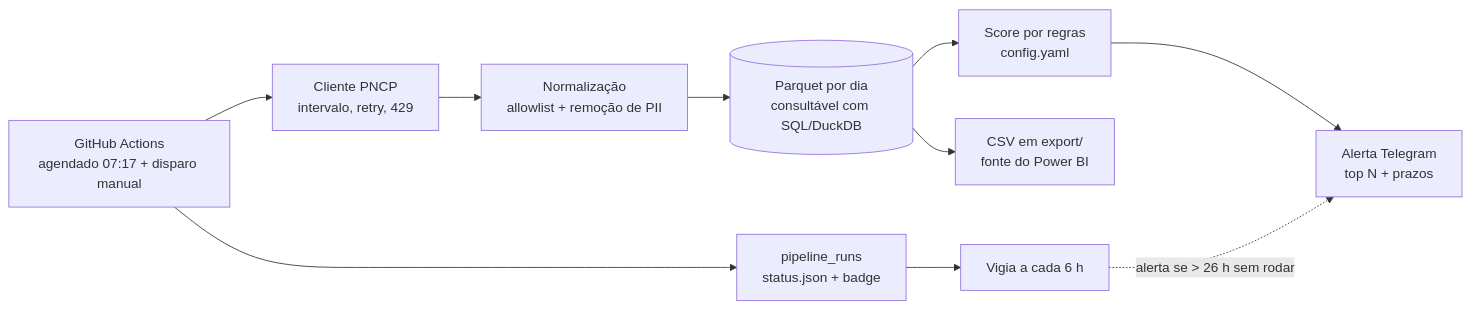
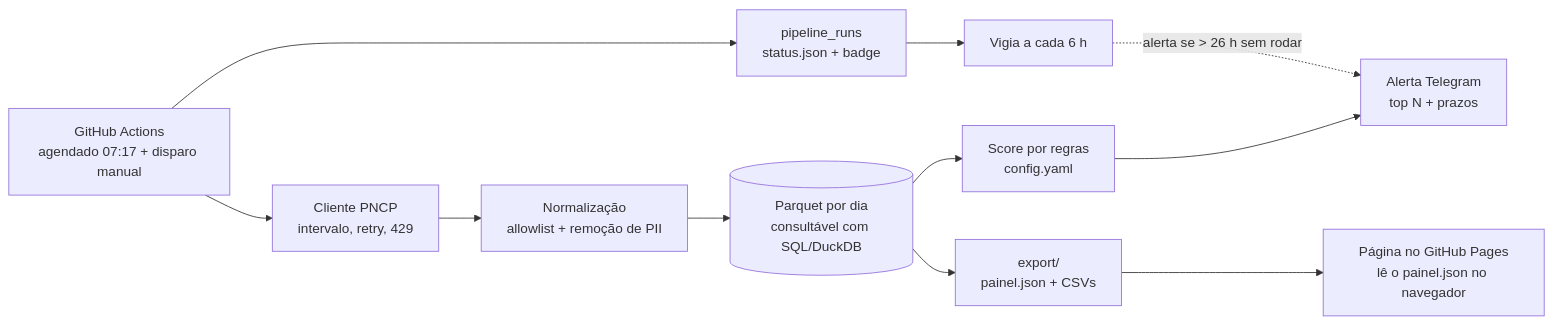
One commit to victor-ozores/Radar-PNCP changed the diagram in README.md. Above: the diagram before and after it, drawn with Mermaid. The commit also changed other lines of this file and 33 other files, not shown here.

First line of the commit message:
feat: painel público em site/ (React + Vite) publicado no GitHub Pages

````diff
--- a/README.md
+++ b/README.md
@@ -34,12 +34,13 @@
 ```mermaid
 flowchart LR
     A[GitHub Actions<br/>agendado 07:17 + disparo manual] --> B[Cliente PNCP<br/>intervalo, retry, 429]
     B --> C[Normalização<br/>allowlist + remoção de PII]
     C --> D[(Parquet por dia<br/>consultável com SQL/DuckDB)]
     D --> E[Score por regras<br/>config.yaml]
     E --> F[Alerta Telegram<br/>top N + prazos]
-    D --> G[CSV em export/<br/>fonte do Power BI]
+    D --> G[export/<br/>painel.json + CSVs]
+    G --> J[Página no GitHub Pages<br/>lê o painel.json no navegador]
     A --> H[pipeline_runs<br/>status.json + badge]
     I[Vigia a cada 6 h] -. alerta se > 26 h sem rodar .-> F
     H --> I
 ```
````
